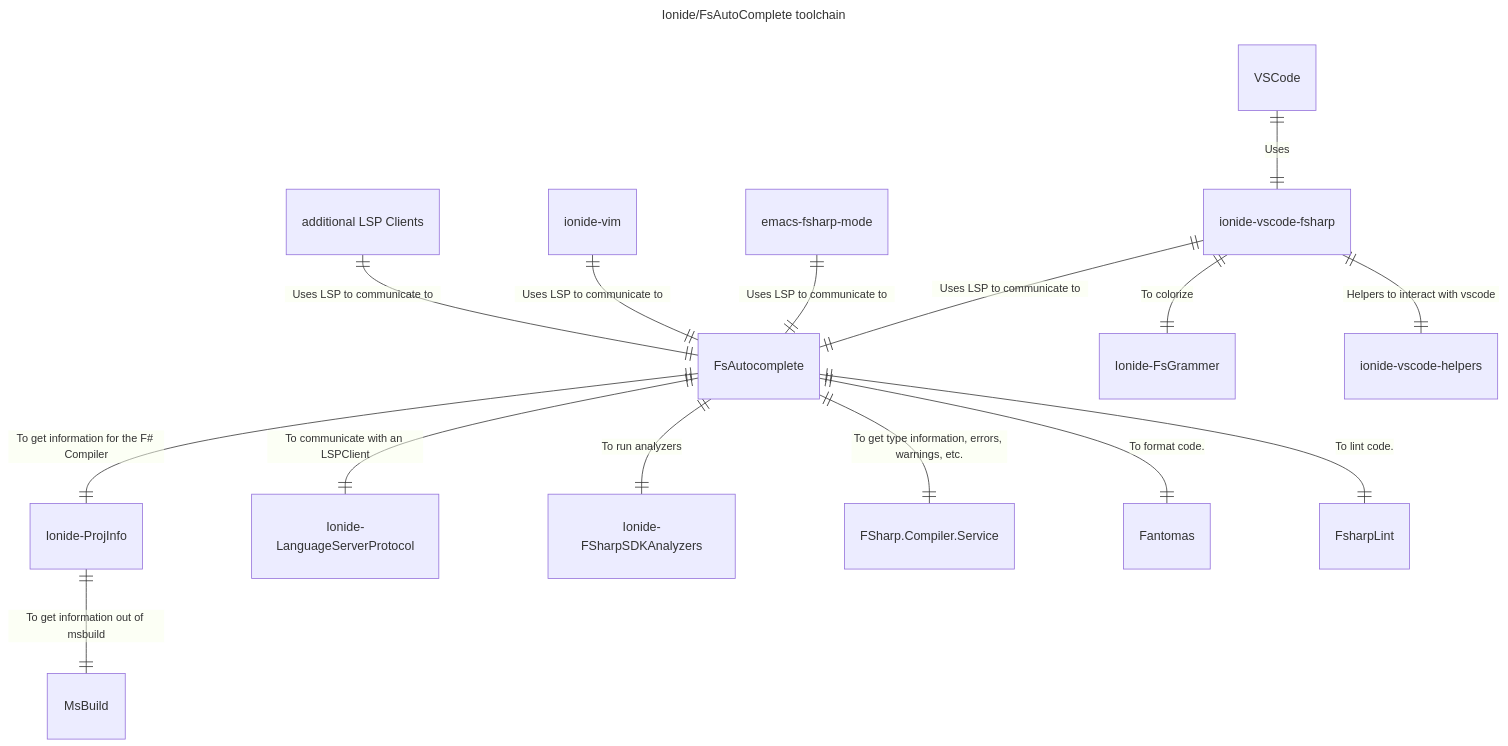
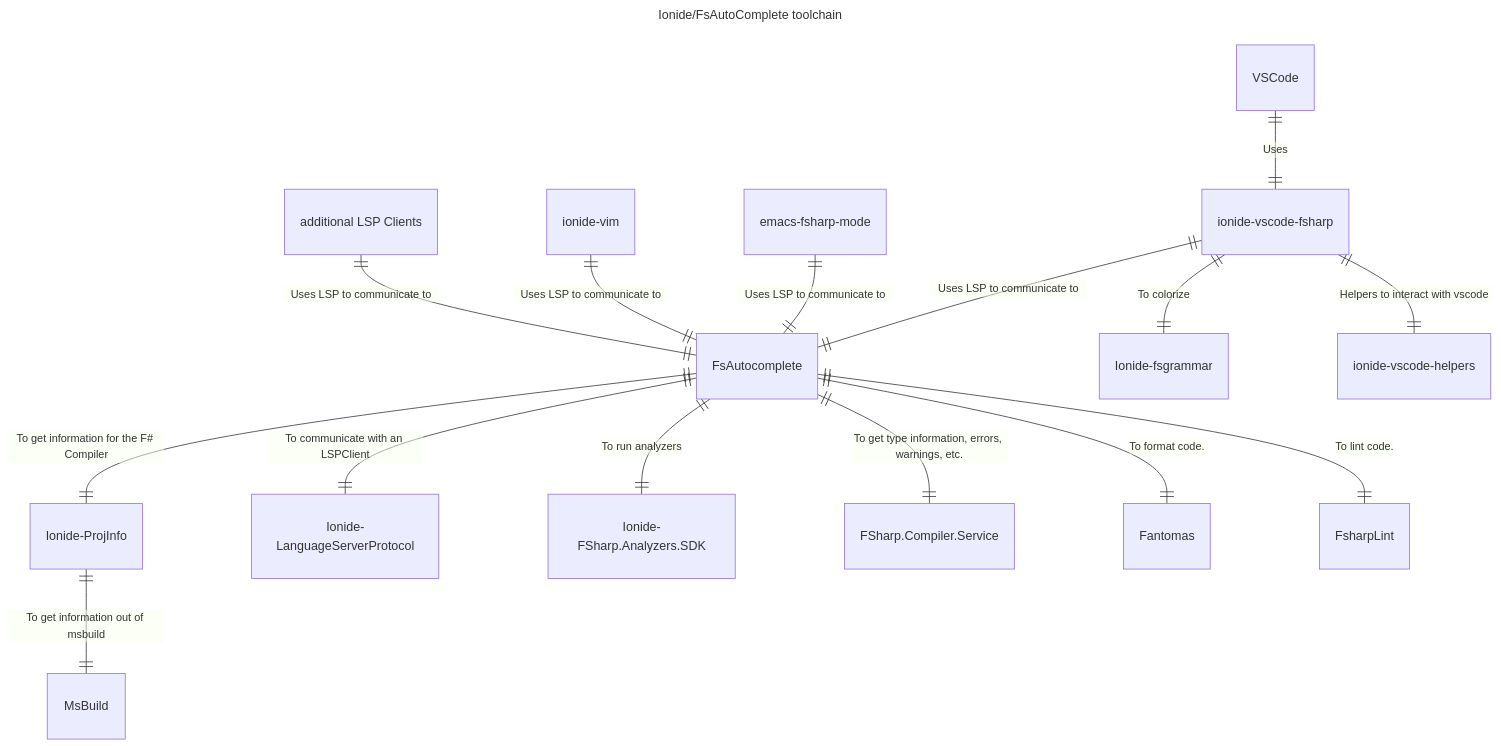
Before and after one commit to ionide/ionide.github.io: the diagram in content/index.md, drawn with Mermaid. The commit also changed other lines of this file, not shown here.

````diff
--- a/content/index.md
+++ b/content/index.md
@@ -30,24 +30,24 @@
 ```mermaid
 ---
 title: Ionide/FsAutoComplete toolchain
 ---
 
 erDiagram
     Ionide-ProjInfo ||--|| MsBuild : "To get information out of msbuild"
 
     FsAutocomplete ||--|| Ionide-ProjInfo : "To get information for the F# Compiler"
     FsAutocomplete ||--|| Ionide-LanguageServerProtocol  : "To communicate with an LSPClient"
-    FsAutocomplete ||--|| Ionide-FSharpSDKAnalyzers : "To run analyzers"
+    FsAutocomplete ||--|| Ionide-FSharp.Analyzers.SDK : "To run analyzers"
     FsAutocomplete ||--|| "FSharp.Compiler.Service" : "To get type information, errors, warnings, etc."
     FsAutocomplete ||--|| Fantomas : "To format code."
     FsAutocomplete ||--|| FsharpLint : "To lint code."
     
     "ionide-vscode-fsharp" ||--||  FsAutocomplete : "Uses LSP to communicate to"
-    "ionide-vscode-fsharp" ||--||  Ionide-FsGrammer : "To colorize"
+    "ionide-vscode-fsharp" ||--||  "Ionide-fsgrammar" : "To colorize"
     "ionide-vscode-fsharp" ||--|| ionide-vscode-helpers : "Helpers to interact with vscode"
     VSCode  ||--|| "ionide-vscode-fsharp" : "Uses "
 
     "emacs-fsharp-mode" ||--|| FsAutocomplete : "Uses LSP to communicate to"
     "ionide-vim" ||--|| FsAutocomplete : "Uses LSP to communicate to"
     "additional LSP Clients" ||--|| FsAutocomplete : "Uses LSP to communicate to"
 ```
````
